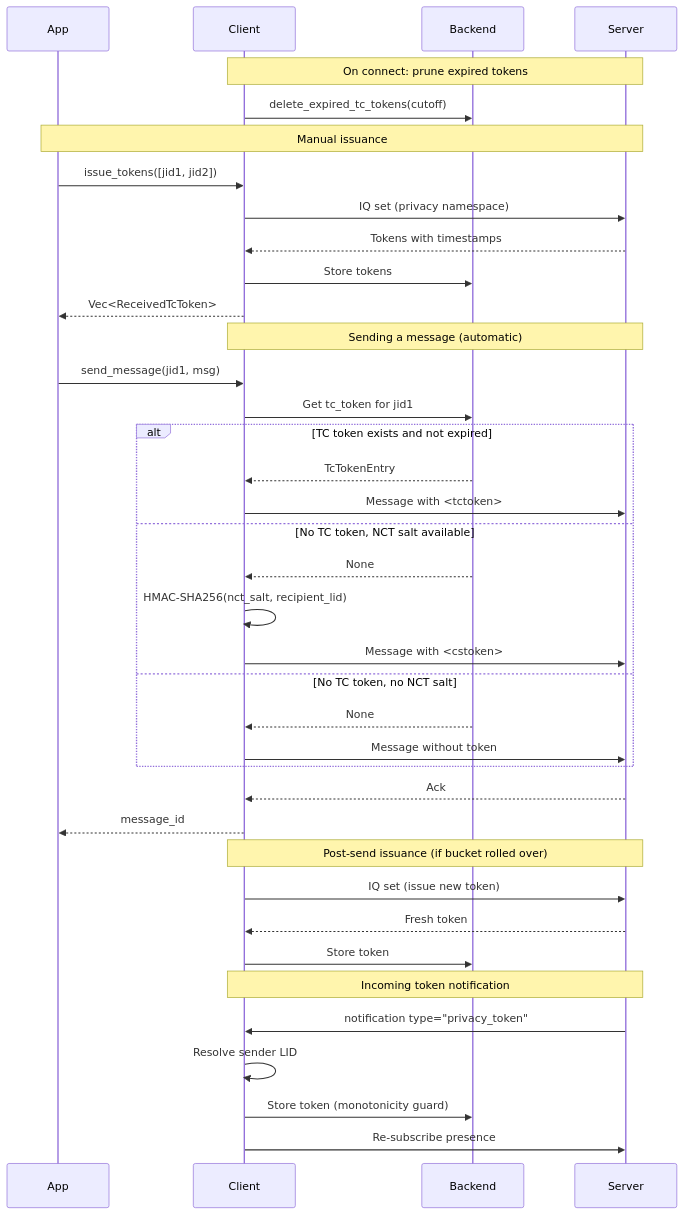
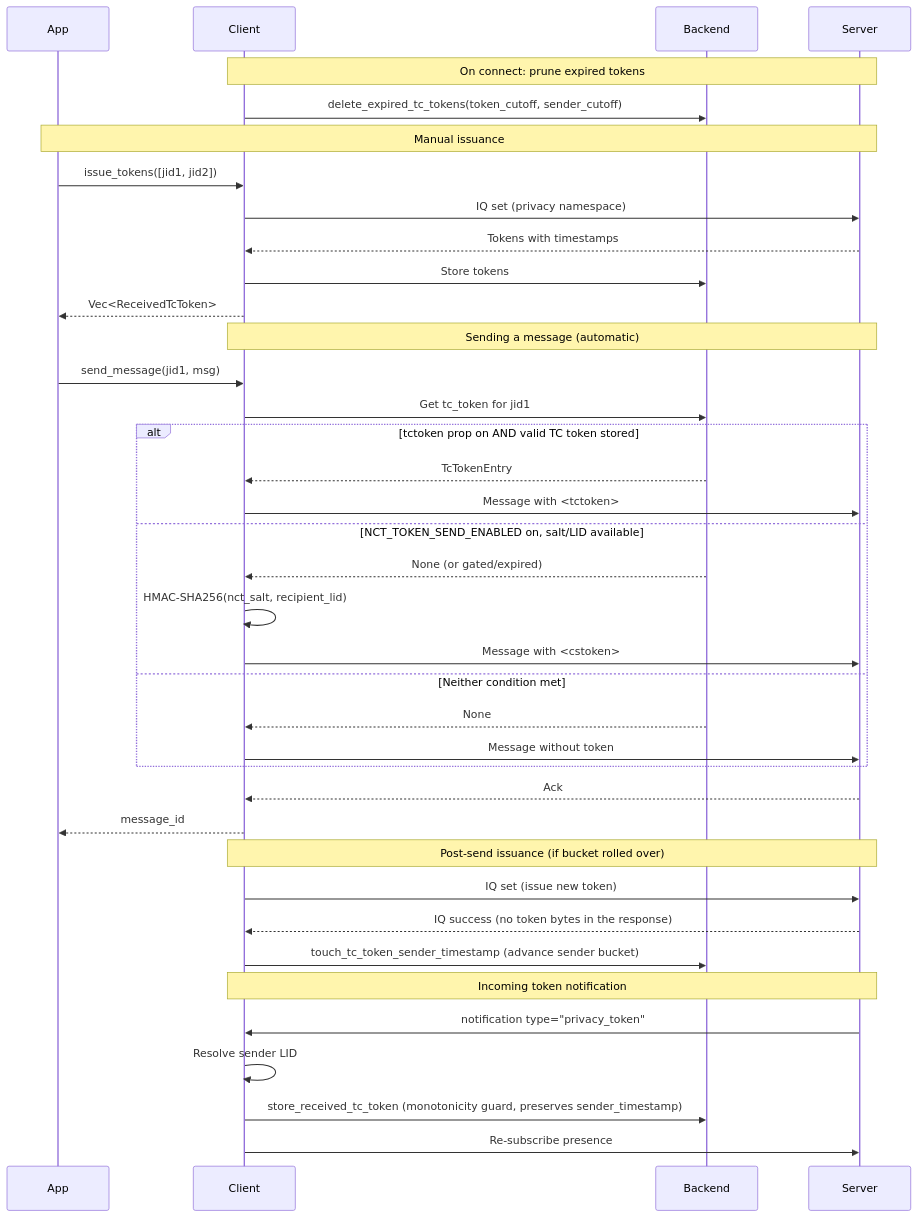
The diagram in api/tctoken.mdx (jlucaso1/whatsapp-rust-docs), drawn with Mermaid before and after one commit. The commit also changed other lines of this file and 2 other files, not shown here.

Commit message:
docs: tctoken/cstoken and storage trait updates for #966 (#373)

````diff
--- a/api/tctoken.mdx
+++ b/api/tctoken.mdx
@@ -308,47 +322,47 @@
 ```mermaid
 sequenceDiagram
     participant App
     participant Client
     participant Backend
     participant Server
     
     Note over Client,Server: On connect: prune expired tokens
-    Client->>Backend: delete_expired_tc_tokens(cutoff)
+    Client->>Backend: delete_expired_tc_tokens(token_cutoff, sender_cutoff)
     
     Note over App,Server: Manual issuance
     App->>Client: issue_tokens([jid1, jid2])
     Client->>Server: IQ set (privacy namespace)
     Server-->>Client: Tokens with timestamps
     Client->>Backend: Store tokens
     Client-->>App: Vec<ReceivedTcToken>
     
     Note over Client,Server: Sending a message (automatic)
     App->>Client: send_message(jid1, msg)
     Client->>Backend: Get tc_token for jid1
     
-    alt TC token exists and not expired
+    alt tctoken prop on AND valid TC token stored
         Backend-->>Client: TcTokenEntry
         Client->>Server: Message with <tctoken>
-    else No TC token, NCT salt available
-        Backend-->>Client: None
+    else NCT_TOKEN_SEND_ENABLED on, salt/LID available
+        Backend-->>Client: None (or gated/expired)
         Client->>Client: HMAC-SHA256(nct_salt, recipient_lid)
         Client->>Server: Message with <cstoken>
-    else No TC token, no NCT salt
+    else Neither condition met
         Backend-->>Client: None
         Client->>Server: Message without token
     end
     
     Server-->>Client: Ack
     Client-->>App: message_id
     
     Note over Client,Server: Post-send issuance (if bucket rolled over)
     Client->>Server: IQ set (issue new token)
-    Server-->>Client: Fresh token
-    Client->>Backend: Store token
+    Server-->>Client: IQ success (no token bytes in the response)
+    Client->>Backend: touch_tc_token_sender_timestamp (advance sender bucket)
     
     Note over Client,Server: Incoming token notification
     Server->>Client: notification type="privacy_token"
     Client->>Client: Resolve sender LID
-    Client->>Backend: Store token (monotonicity guard)
+    Client->>Backend: store_received_tc_token (monotonicity guard, preserves sender_timestamp)
     Client->>Server: Re-subscribe presence
 ```
````
